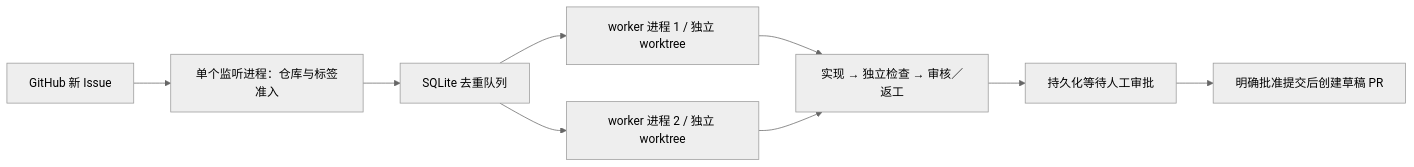
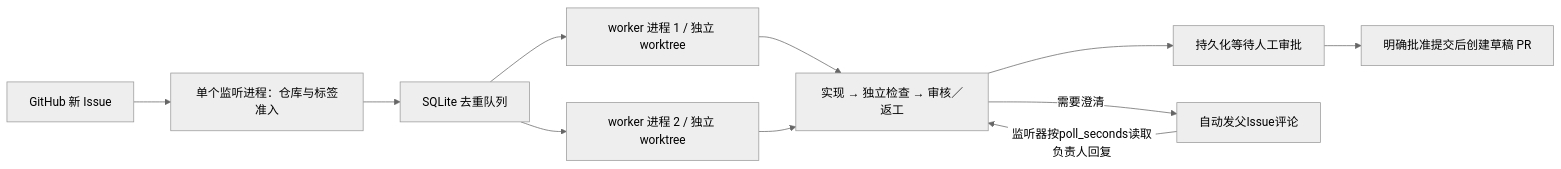
The diagram in docs/runtime-v2/WATCH.md (saikaji0314/repopilot), drawn with Mermaid (neutral theme) before and after one commit. The commit also changed other lines of this file and 29 other files, not shown here.

````diff
--- a/docs/runtime-v2/WATCH.md
+++ b/docs/runtime-v2/WATCH.md
@@ -5,11 +5,13 @@
 ```mermaid
 flowchart LR
     A[GitHub 新 Issue] --> B[单个监听进程：仓库与标签准入]
     B --> C[SQLite 去重队列]
     C --> D1[worker 进程 1 / 独立 worktree]
     C --> D2[worker 进程 2 / 独立 worktree]
     D1 --> E[实现 → 独立检查 → 审核／返工]
     D2 --> E
     E --> F[持久化等待人工审批]
     F --> G[明确批准提交后创建草稿 PR]
+    E -->|需要澄清| H[自动发父Issue评论]
+    H -->|监听器按poll_seconds读取负责人回复| E
 ```
````
